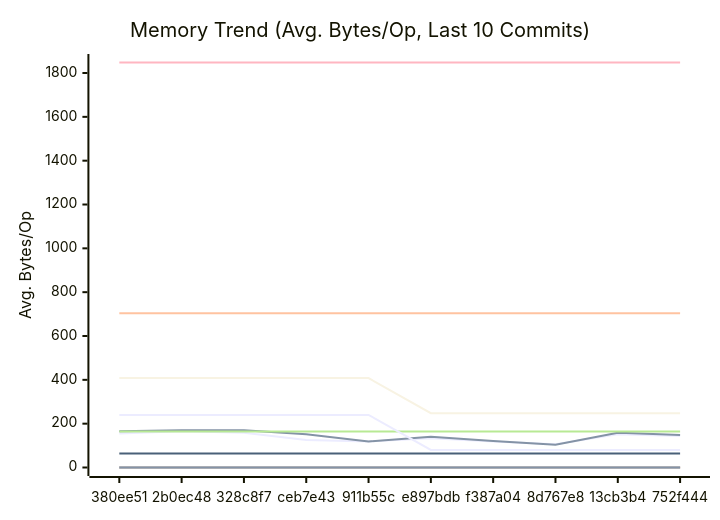
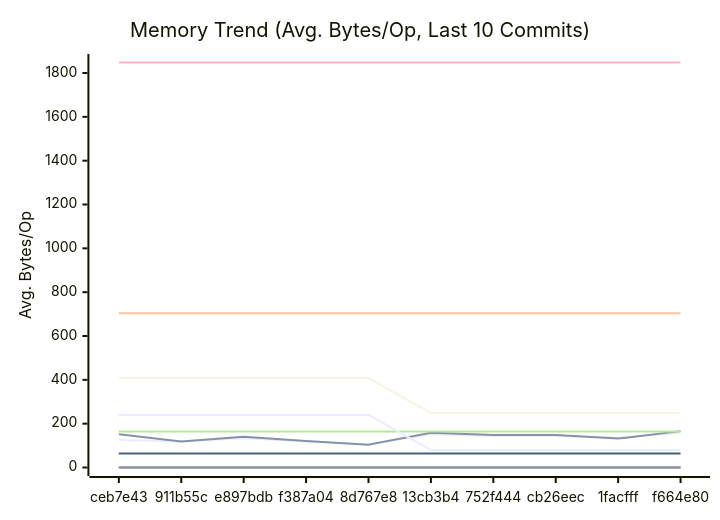
One commit to alsotoes/momo changed the second of 3 diagrams in docs/PERFORMANCE.md. Above: the diagram before and after it, drawn with Mermaid. The commit also changed other lines of this file and 10 other files, not shown here.

````diff
--- a/docs/PERFORMANCE.md
+++ b/docs/PERFORMANCE.md
@@ -171,20 +171,20 @@
 ```mermaid
 xychart-beta
     title "Memory Trend (Avg. Bytes/Op, Last 10 Commits)"
     x-axis "Commit"
     y-axis "Avg. Bytes/Op"
-    x-axis [380ee51,2b0ec48,328c8f7,ceb7e43,911b55c,e897bdb,f387a04,8d767e8,13cb3b4,752f444]
-    line "AWSChunkedReaderSigned" [155,165,159,126,119,134,119,106,152,144]
-    line "AWSChunkedReaderUnsigned" [165,170,170,152,119,140,121,104,159,148]
+    x-axis [ceb7e43,911b55c,e897bdb,f387a04,8d767e8,13cb3b4,752f444,cb26eec,1facfff,f664e80]
+    line "AWSChunkedReaderSigned" [126,119,134,119,106,152,144,144,136,159]
+    line "AWSChunkedReaderUnsigned" [152,119,140,121,104,159,148,148,132,166]
     line "CheckMetricsAndSwap" [0,0,0,0,0,0,0,0,0,0]
     line "CrushOptimized" [0,0,0,0,0,0,0,0,0,0]
     line "CrushOriginal" [164,164,164,164,164,164,164,164,164,164]
     line "IndexDirectTracking" [0,0,0,0,0,0,0,0,0,0]
     line "IndexSearch" [0,0,0,0,0,0,0,0,0,0]
     line "LoadGlobalConfig" [1848,1848,1848,1848,1848,1848,1848,1848,1848,1848]
     line "PadString" [64,64,64,64,64,64,64,64,64,64]
     line "ParseReplicationOrder_NoPrealloc" [408,408,408,408,408,248,248,248,248,248]
     line "ParseReplicationOrder_Prealloc" [240,240,240,240,240,80,80,80,80,80]
     line "SanitizeLog/Safe" [0,0,0,0,0,0,0,0,0,0]
     line "SanitizeLog/Unsafe" [704,704,704,704,704,704,704,704,704,704]
 ```
````
